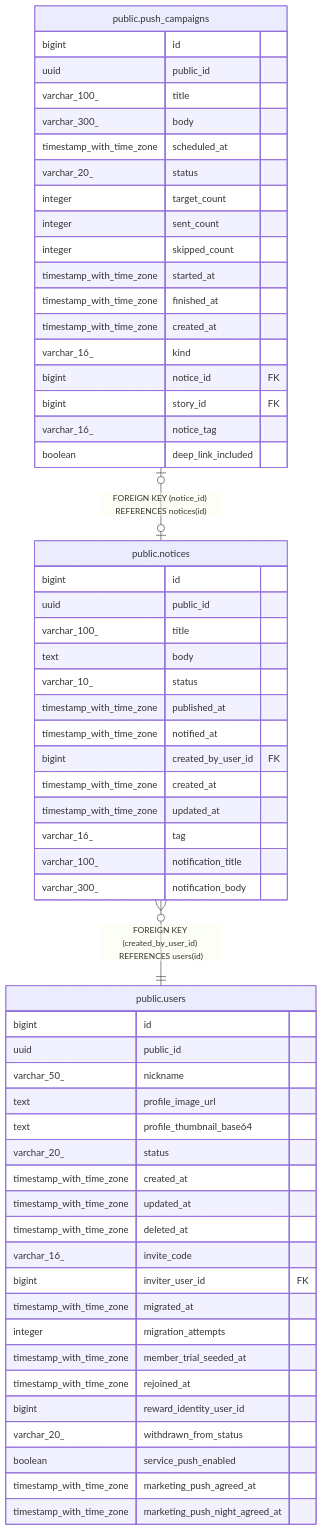
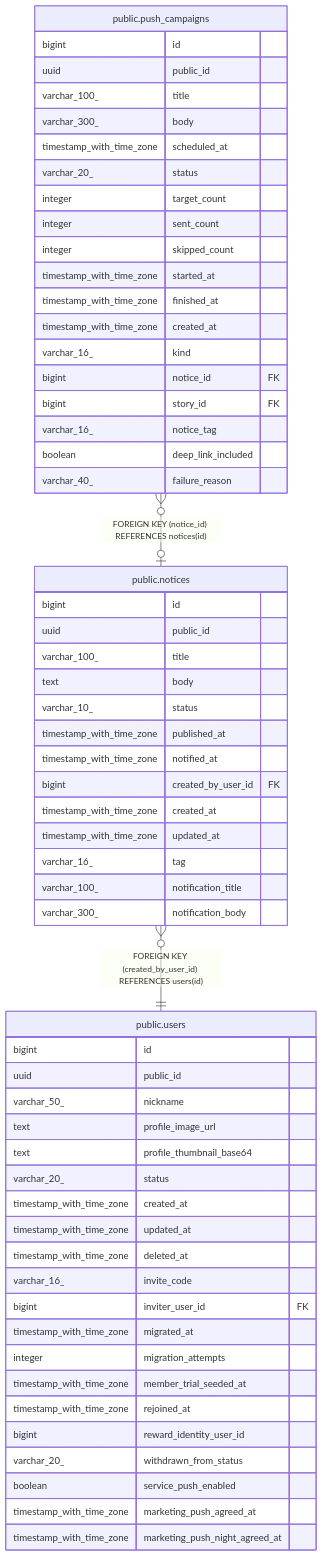
The diagram in dbdoc/public.notices.md (KIM-N-KANG/manyak-server), drawn with Mermaid before and after one commit. The commit also changed 33 other files, not shown here.

````diff
--- a/dbdoc/public.notices.md
+++ b/dbdoc/public.notices.md
@@ -50,63 +50,64 @@
 ```mermaid
 erDiagram
 
-"public.push_campaigns" |o--o| "public.notices" : "FOREIGN KEY (notice_id) REFERENCES notices(id)"
+"public.push_campaigns" }o--o| "public.notices" : "FOREIGN KEY (notice_id) REFERENCES notices(id)"
 "public.notices" }o--|| "public.users" : "FOREIGN KEY (created_by_user_id) REFERENCES users(id)"
 
 "public.notices" {
   bigint id
   uuid public_id
   varchar_100_ title
   text body
   varchar_10_ status
   timestamp_with_time_zone published_at
   timestamp_with_time_zone notified_at
   bigint created_by_user_id FK
   timestamp_with_time_zone created_at
   timestamp_with_time_zone updated_at
   varchar_16_ tag
   varchar_100_ notification_title
   varchar_300_ notification_body
 }
 "public.push_campaigns" {
   bigint id
   uuid public_id
   varchar_100_ title
   varchar_300_ body
   timestamp_with_time_zone scheduled_at
   varchar_20_ status
   integer target_count
   integer sent_count
   integer skipped_count
   timestamp_with_time_zone started_at
   timestamp_with_time_zone finished_at
   timestamp_with_time_zone created_at
   varchar_16_ kind
   bigint notice_id FK
   bigint story_id FK
   varchar_16_ notice_tag
   boolean deep_link_included
+  varchar_40_ failure_reason
 }
 "public.users" {
   bigint id
   uuid public_id
   varchar_50_ nickname
   text profile_image_url
   text profile_thumbnail_base64
   varchar_20_ status
   timestamp_with_time_zone created_at
   timestamp_with_time_zone updated_at
   timestamp_with_time_zone deleted_at
   varchar_16_ invite_code
   bigint inviter_user_id FK
   timestamp_with_time_zone migrated_at
   integer migration_attempts
   timestamp_with_time_zone member_trial_seeded_at
   timestamp_with_time_zone rejoined_at
   bigint reward_identity_user_id
   varchar_20_ withdrawn_from_status
   boolean service_push_enabled
   timestamp_with_time_zone marketing_push_agreed_at
   timestamp_with_time_zone marketing_push_night_agreed_at
 }
 ```
````
